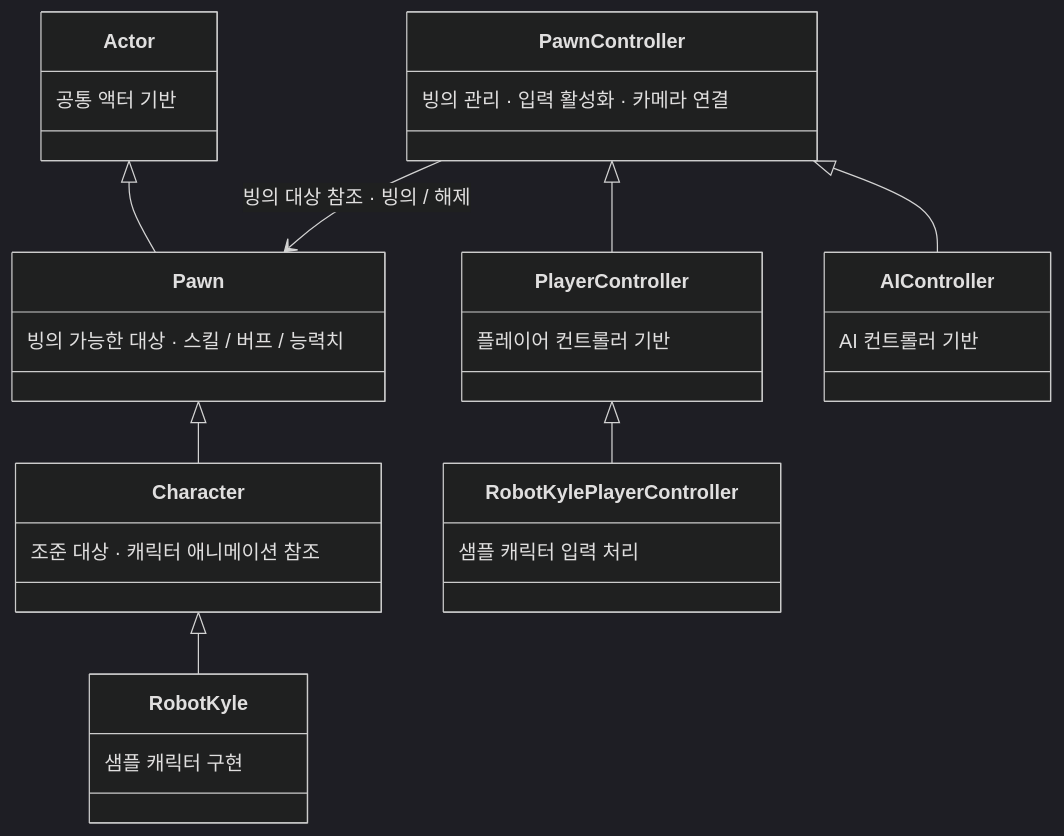
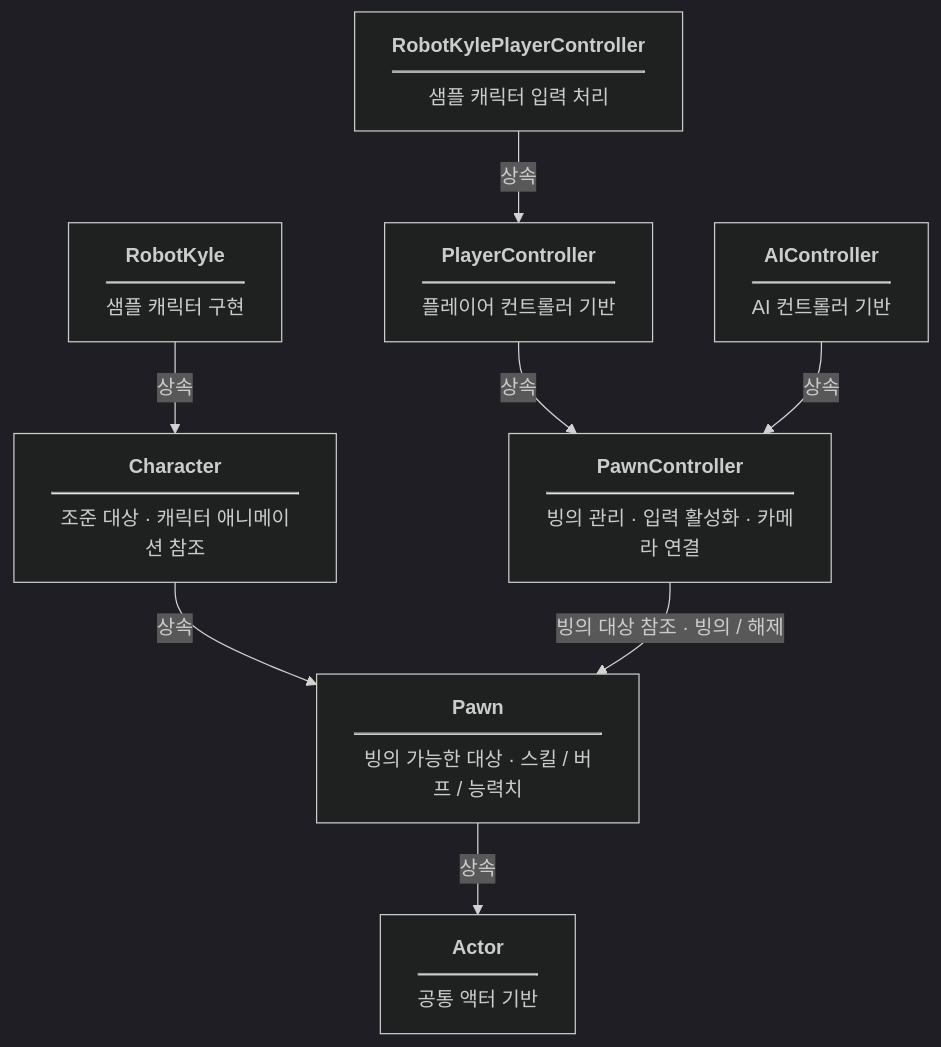
Before and after one commit to MDJ0126/FrameworkForUnity: the first of 2 diagrams in README.md, drawn with Mermaid (dark theme). The commit also changed other lines of this file, not shown here.

````diff
--- a/README.md
+++ b/README.md
@@ -34,39 +34,18 @@
 ```mermaid
----
-config:
-  class:
-    hideEmptyMembersBox: true
----
-classDiagram
-    Actor <|-- Pawn
-    Pawn <|-- Character
-    Character <|-- RobotKyle
-    PawnController <|-- PlayerController
-    PawnController <|-- AIController
-    PlayerController <|-- RobotKylePlayerController
-    PawnController --> Pawn : 빙의 대상 참조 · 빙의 / 해제
-    class Actor {
-        공통 액터 기반
-    }
-    class Pawn {
-        빙의 가능한 대상 · 스킬 / 버프 / 능력치
-    }
-    class Character {
-        조준 대상 · 캐릭터 애니메이션 참조
-    }
-    class RobotKyle {
-        샘플 캐릭터 구현
-    }
-    class PawnController {
-        빙의 관리 · 입력 활성화 · 카메라 연결
-    }
-    class PlayerController {
-        플레이어 컨트롤러 기반
-    }
-    class AIController {
-        AI 컨트롤러 기반
-    }
-    class RobotKylePlayerController {
-        샘플 캐릭터 입력 처리
-    }
+flowchart TB
+    Pawn -->|상속| Actor
+    Character -->|상속| Pawn
+    RobotKyle -->|상속| Character
+    PlayerController -->|상속| PawnController
+    AIController -->|상속| PawnController
+    RobotKylePlayerController -->|상속| PlayerController
+    PawnController -->|빙의 대상 참조 · 빙의 / 해제| Pawn
+    Actor["<b>Actor</b><hr/>공통 액터 기반"]
+    Pawn["<b>Pawn</b><hr/>빙의 가능한 대상 · 스킬 / 버프 / 능력치"]
+    Character["<b>Character</b><hr/>조준 대상 · 캐릭터 애니메이션 참조"]
+    RobotKyle["<b>RobotKyle</b><hr/>샘플 캐릭터 구현"]
+    PawnController["<b>PawnController</b><hr/>빙의 관리 · 입력 활성화 · 카메라 연결"]
+    PlayerController["<b>PlayerController</b><hr/>플레이어 컨트롤러 기반"]
+    AIController["<b>AIController</b><hr/>AI 컨트롤러 기반"]
+    RobotKylePlayerController["<b>RobotKylePlayerController</b><hr/>샘플 캐릭터 입력 처리"]
 ```
````
